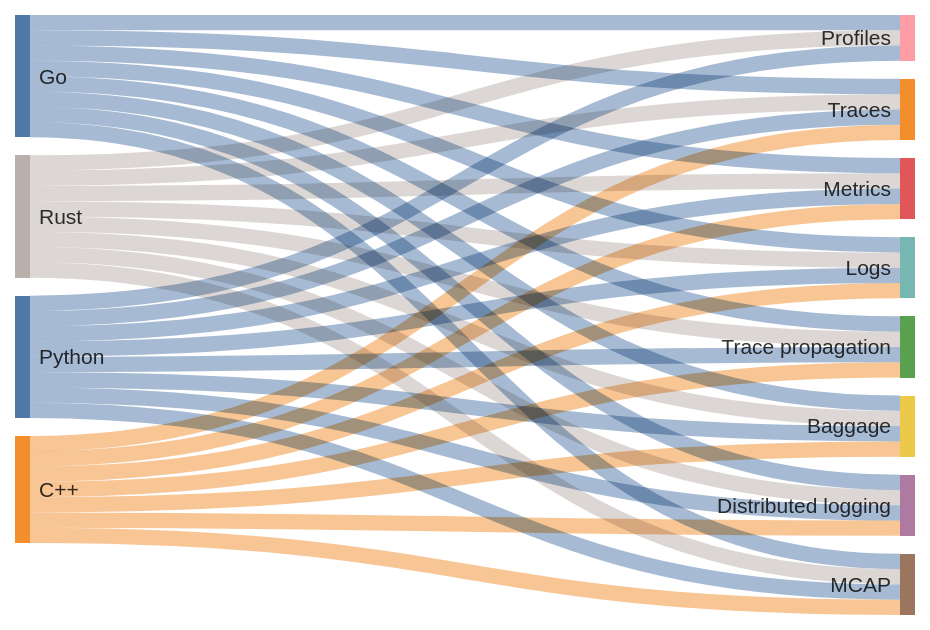
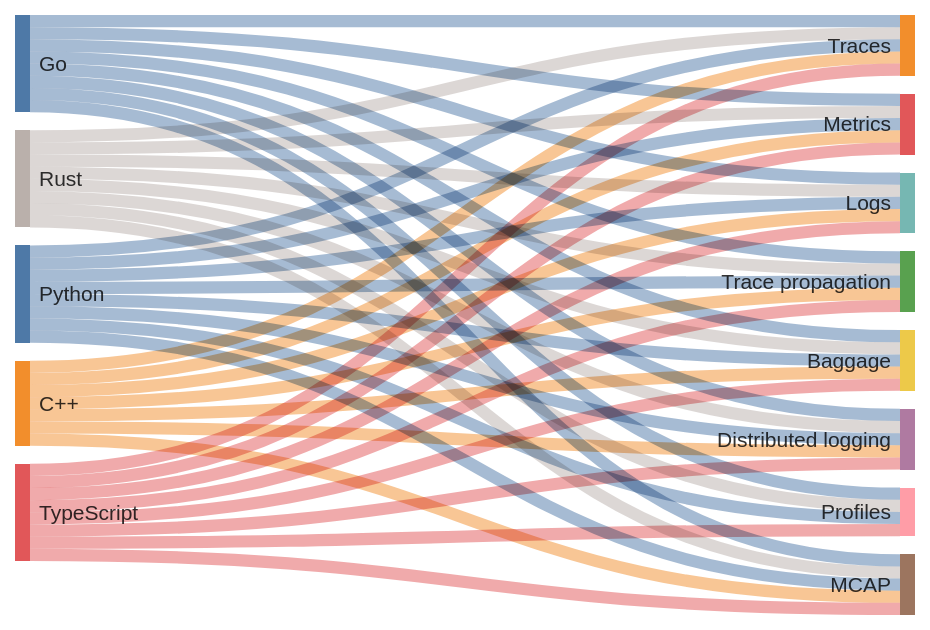
Before and after one commit to the-protobuf-project/telemetry: the second of 3 diagrams in README.md, drawn with Mermaid. The commit also changed other lines of this file and 43 other files, not shown here.

First line of the commit message:
feat(ts): add the TypeScript SDK for Node.js and the browser (#11)

````diff
--- a/README.md
+++ b/README.md
@@ -319,42 +344,50 @@
 ```mermaid
 ---
 config:
   sankey:
     showValues: false
     linkColor: source
     nodeAlignment: justify
 ---
 sankey-beta
 
 Go,Traces,1
 Go,Metrics,1
 Go,Logs,1
 Go,Trace propagation,1
 Go,Baggage,1
 Go,Distributed logging,1
 Go,Profiles,1
 Go,MCAP,1
 Rust,Traces,1
 Rust,Metrics,1
 Rust,Logs,1
 Rust,Trace propagation,1
 Rust,Baggage,1
 Rust,Distributed logging,1
 Rust,Profiles,1
 Rust,MCAP,1
 Python,Traces,1
 Python,Metrics,1
 Python,Logs,1
 Python,Trace propagation,1
 Python,Baggage,1
 Python,Distributed logging,1
 Python,Profiles,1
 Python,MCAP,1
 C++,Traces,1
 C++,Metrics,1
 C++,Logs,1
 C++,Trace propagation,1
 C++,Baggage,1
 C++,Distributed logging,1
 C++,MCAP,1
+TypeScript,Traces,1
+TypeScript,Metrics,1
+TypeScript,Logs,1
+TypeScript,Trace propagation,1
+TypeScript,Baggage,1
+TypeScript,Distributed logging,1
+TypeScript,Profiles,1
+TypeScript,MCAP,1
 ```
````
